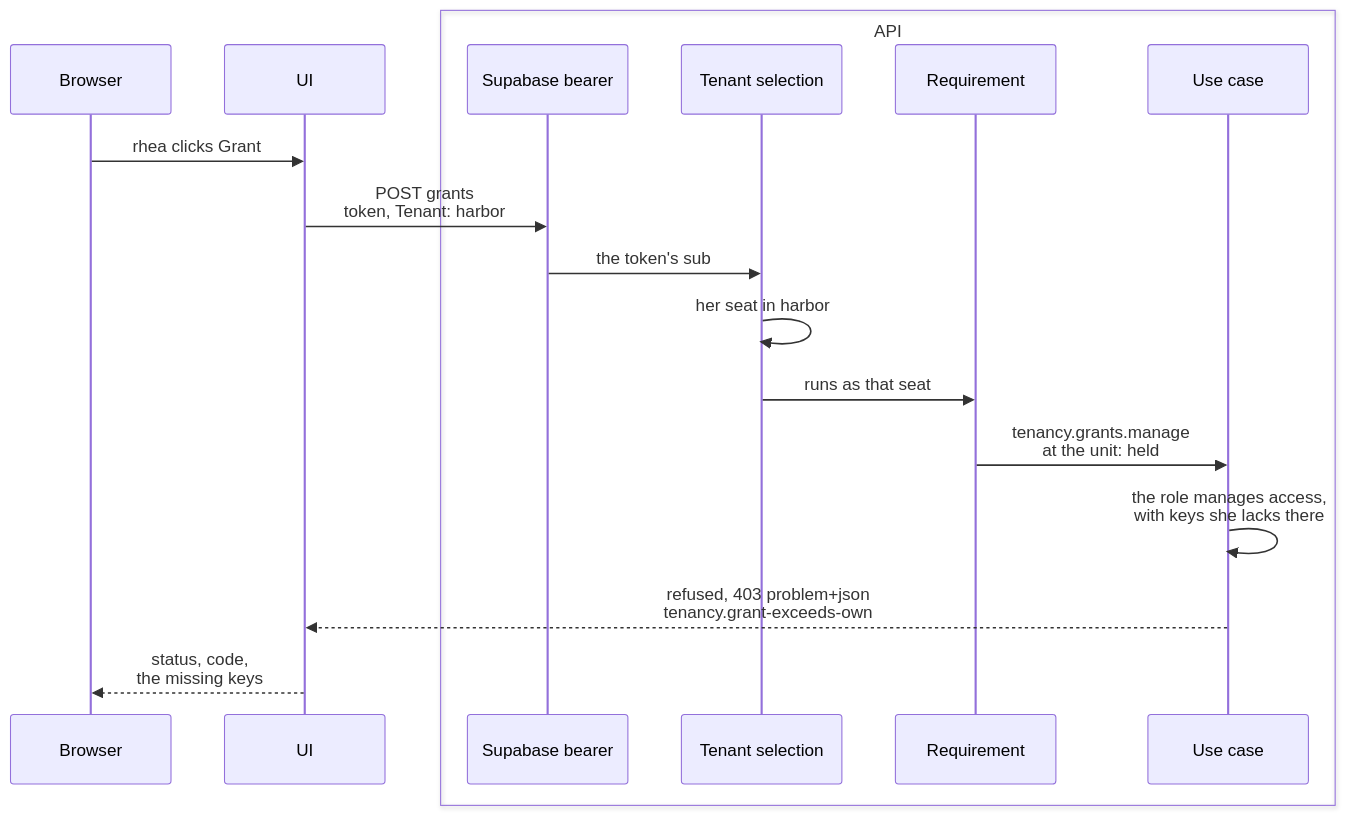
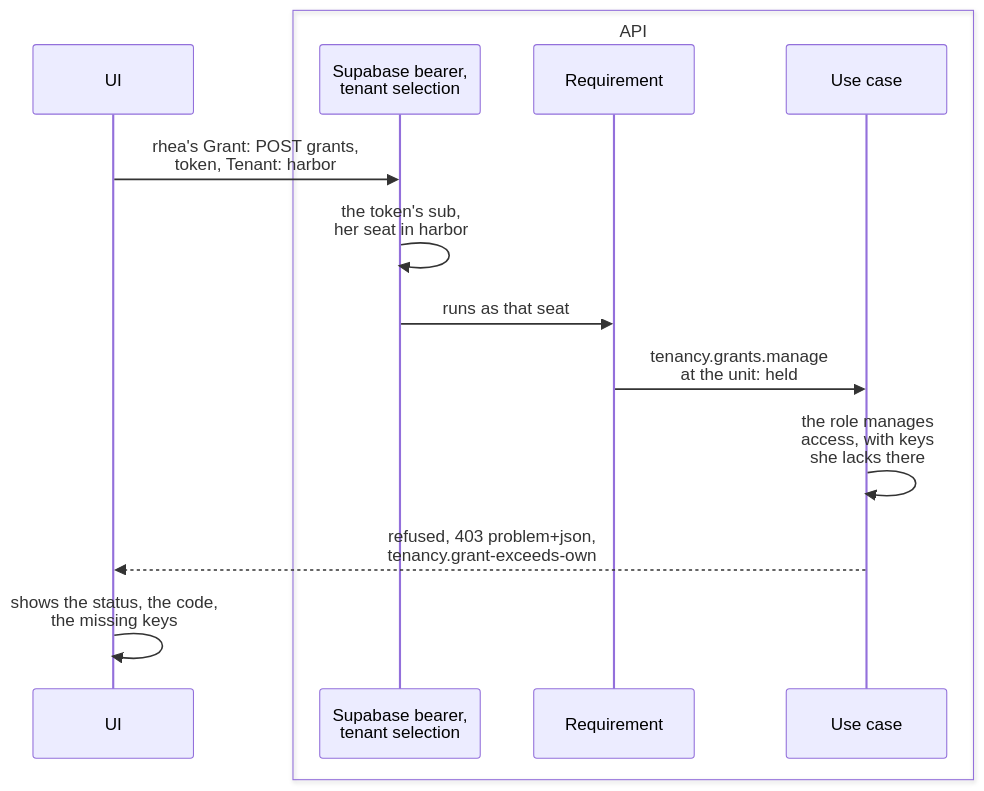
Diagram 20 of 22 in docs/tenancy.md (DylanSnel/DDDToolkit), drawn with Mermaid before and after one commit. The commit also changed other lines of this file and 9 other files, not shown here.

````diff
--- a/docs/tenancy.md
+++ b/docs/tenancy.md
@@ -3465,21 +3459,17 @@
 ```mermaid
 sequenceDiagram
-    participant Browser
     participant UI
     box API
-        participant Bearer as Supabase bearer
-        participant Selection as Tenant selection
+        participant Bearer as Supabase bearer,<br/>tenant selection
         participant Requirement
         participant UseCase as Use case
     end
 
-    Browser->>UI: rhea clicks Grant
-    UI->>Bearer: POST grants<br/>token, Tenant: harbor
-    Bearer->>Selection: the token's sub
-    Selection->>Selection: her seat in harbor
-    Selection->>Requirement: runs as that seat
+    UI->>Bearer: rhea's Grant: POST grants,<br/>token, Tenant: harbor
+    Bearer->>Bearer: the token's sub,<br/>her seat in harbor
+    Bearer->>Requirement: runs as that seat
     Requirement->>UseCase: tenancy.grants.manage<br/>at the unit: held
-    UseCase->>UseCase: the role manages access,<br/>with keys she lacks there
-    UseCase-->>UI: refused, 403 problem+json<br/>tenancy.grant-exceeds-own
-    UI-->>Browser: status, code,<br/>the missing keys
+    UseCase->>UseCase: the role manages<br/>access, with keys<br/>she lacks there
+    UseCase-->>UI: refused, 403 problem+json,<br/>tenancy.grant-exceeds-own
+    UI->>UI: shows the status, the code,<br/>the missing keys
 ```
````
